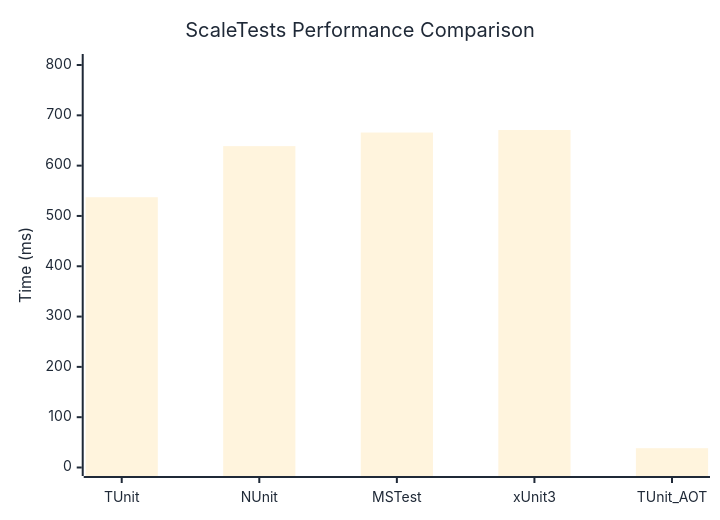
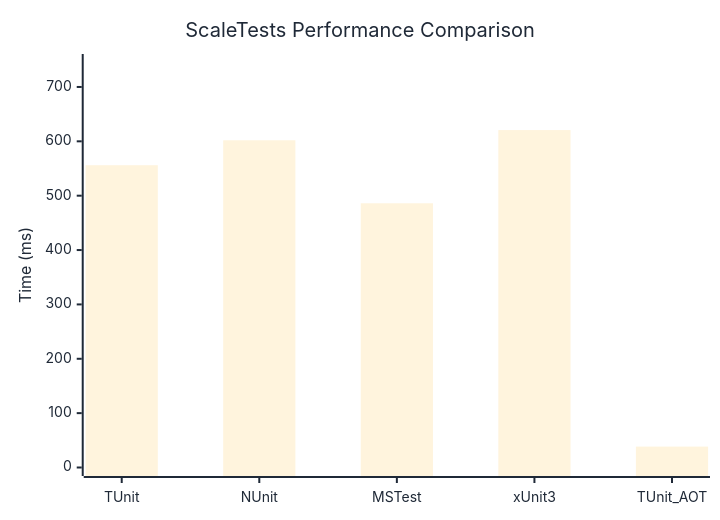
The diagram in docs/docs/benchmarks/ScaleTests.md (thomhurst/TUnit), drawn with Mermaid before and after one commit. The commit also changed other lines of this file and 37 other files, not shown here.

````diff
--- a/docs/docs/benchmarks/ScaleTests.md
+++ b/docs/docs/benchmarks/ScaleTests.md
@@ -27,37 +27,37 @@
 ```mermaid
 %%{init: {
   'theme':'base',
   'themeVariables': {
     'primaryColor': '#2563eb',
     'primaryTextColor': '#1f2937',
     'primaryBorderColor': '#1e40af',
     'lineColor': '#6b7280',
     'secondaryColor': '#7c3aed',
     'tertiaryColor': '#dc2626',
     'background': '#ffffff',
     'mainBkg': '#2563eb',
     'secondBkg': '#7c3aed',
     'tertiaryBkg': '#dc2626',
     'clusterBkg': '#f3f4f6',
     'edgeLabelBackground': '#ffffff',
     'tertiaryTextColor': '#1f2937',
     'pie1': '#2563eb',
     'pie2': '#7c3aed',
     'pie3': '#dc2626',
     'pie4': '#f59e0b',
     'pie5': '#10b981',
     'pie6': '#06b6d4',
     'pie7': '#ec4899',
     'pie8': '#6366f1',
     'pie9': '#84cc16',
     'pie10': '#f97316',
     'pie11': '#14b8a6',
     'pie12': '#a855f7'
   }
 }}%%
 xychart-beta
   title "ScaleTests Performance Comparison"
   x-axis ["TUnit", "NUnit", "MSTest", "xUnit3", "TUnit_AOT"]
-  y-axis "Time (ms)" 0 --> 805
-  bar [537.2, 638.79, 665.79, 670.78, 38.41]
+  y-axis "Time (ms)" 0 --> 745
+  bar [556.05, 601.91, 486.06, 620.69, 38.44]
 ```
````
